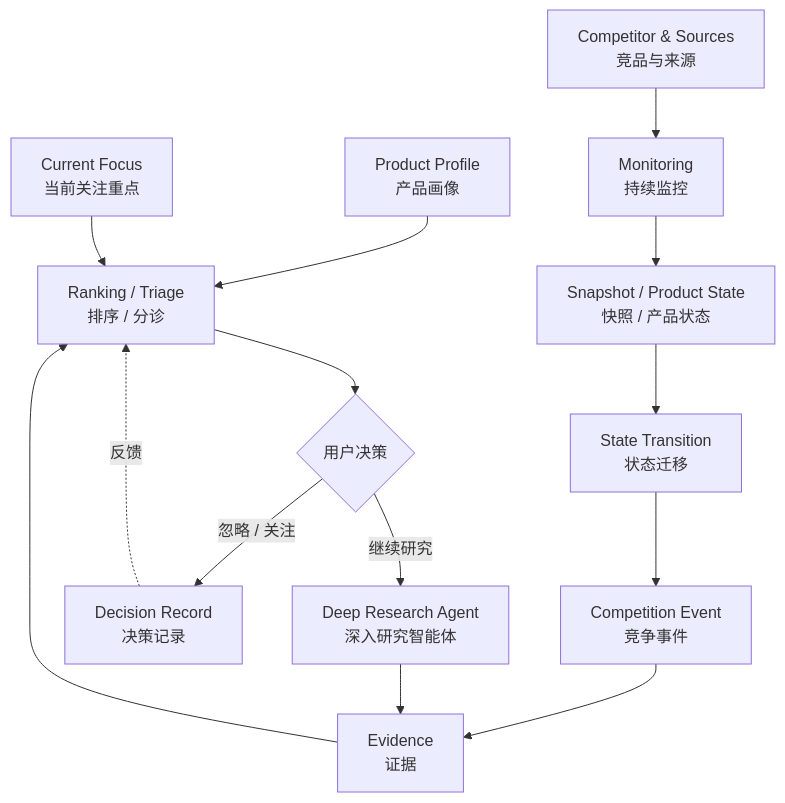
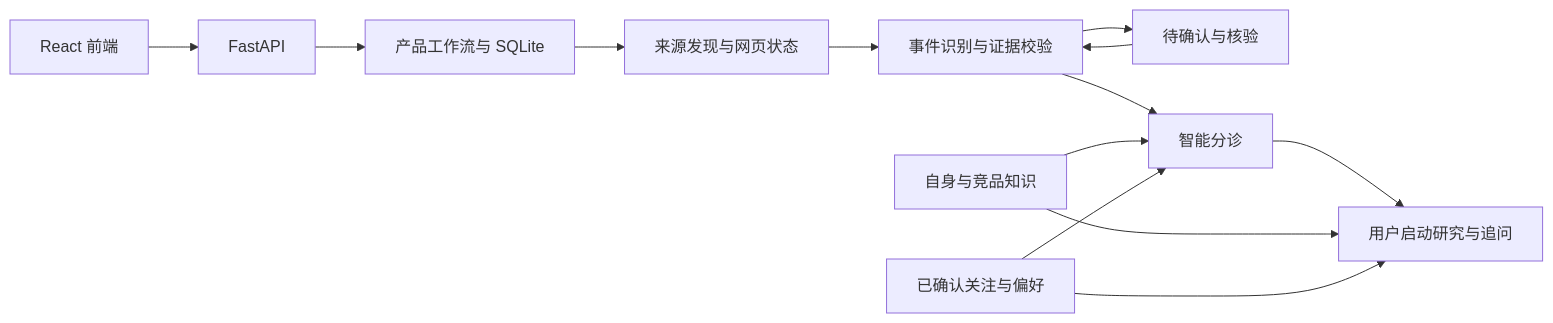
Before and after one commit to ldb111/Product-Intelligence-Agent: the diagram in README.md, drawn with Mermaid. The commit also changed other lines of this file and 6 other files, not shown here.

````diff
--- a/README.md
+++ b/README.md
@@ -60,16 +17,15 @@
 ```mermaid
-flowchart TD
-    A[Product Profile<br/>产品画像] --> H[Ranking / Triage<br/>排序 / 分诊]
-    B[Current Focus<br/>当前关注重点] --> H
-    C[Competitor & Sources<br/>竞品与来源] --> D[Monitoring<br/>持续监控]
-    D --> E[Snapshot / Product State<br/>快照 / 产品状态]
-    E --> F[State Transition<br/>状态迁移]
-    F --> G[Competition Event<br/>竞争事件]
-    G --> I[Evidence<br/>证据]
-    I --> H
-    H --> J{用户决策}
-    J -->|忽略 / 关注| K[Decision Record<br/>决策记录]
-    J -->|继续研究| L[Deep Research Agent<br/>深入研究智能体]
-    L --> I
-    K -.反馈.-> H
+flowchart LR
+    UI[React 前端] --> API[FastAPI]
+    API --> P[产品工作流与 SQLite]
+    P --> S[来源发现与网页状态]
+    S --> E[事件识别与证据校验]
+    E --> V[待确认与核验]
+    V --> E
+    E --> T[智能分诊]
+    T --> R[用户启动研究与追问]
+    K[自身与竞品知识] --> T
+    K --> R
+    M[已确认关注与偏好] --> T
+    M --> R
 ```
````
